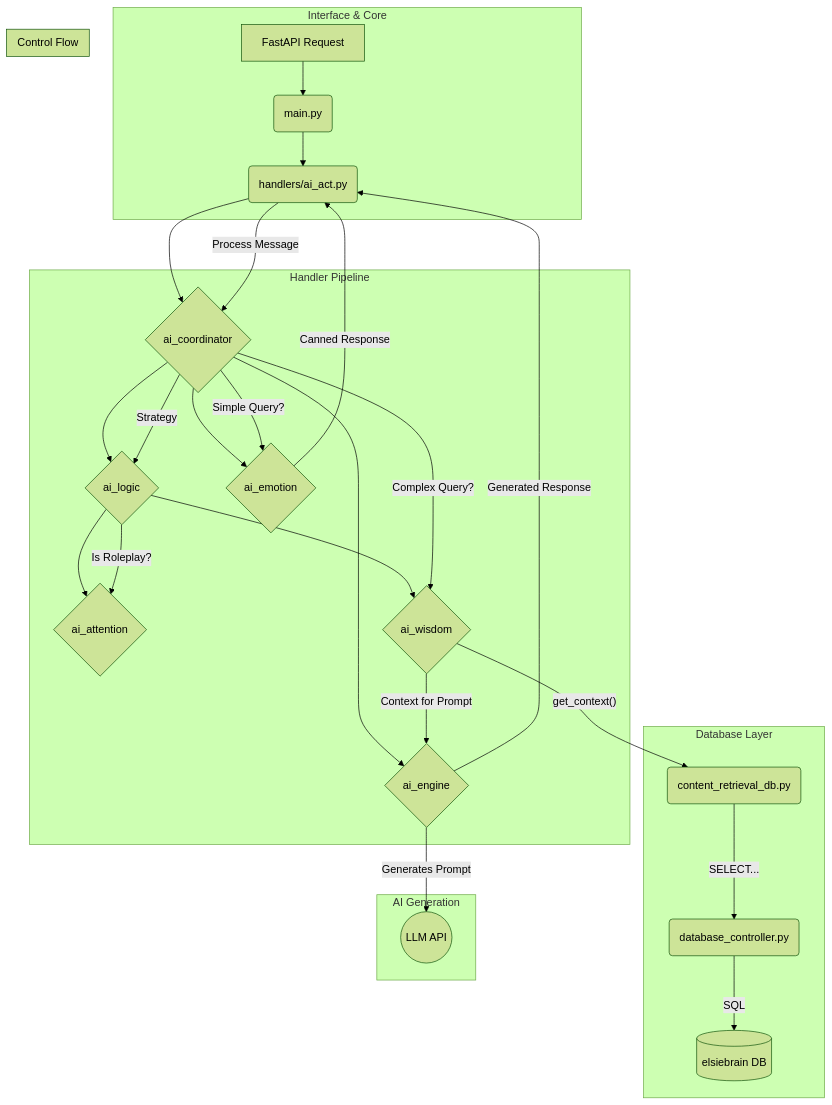
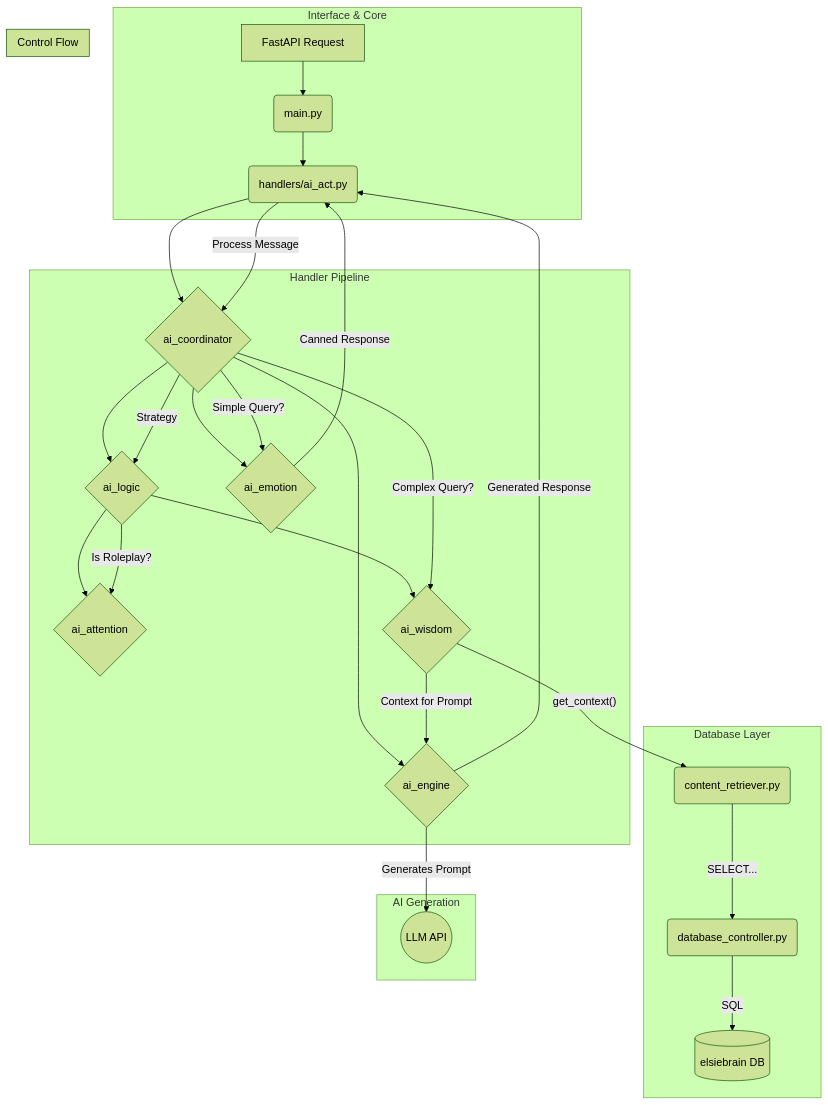
Before and after one commit to Jccunnin68/ElsieBot: the diagram in ai_agent/README.md, drawn with Mermaid (forest theme). The commit also changed other lines of this file and 16 other files, not shown here.

````diff
--- a/ai_agent/README.md
+++ b/ai_agent/README.md
@@ -47,37 +47,37 @@
 ```mermaid
 graph TD
     subgraph "Interface & Core"
         A[FastAPI Request] --> B(main.py);
         B --> C(handlers/ai_act.py);
     end
 
     subgraph "Handler Pipeline"
         C --> D{ai_coordinator};
         D --> E{ai_logic};
         E --> F{ai_attention};
         E --> G{ai_wisdom};
         D --> H{ai_emotion};
         D --> I{ai_engine};
     end
 
     subgraph "Database Layer"
-        G -- "get_context()" --> J(content_retrieval_db.py);
+        G -- "get_context()" --> J(content_retriever.py);
         J -- "SELECT..." --> K(database_controller.py);
         K -- "SQL" --> L[(elsiebrain DB)];
     end
     
     subgraph "AI Generation"
        I -- "Generates Prompt" --> M((LLM API));
     end
 
     subgraph "Control Flow"
         C -- "Process Message" --> D;
         D -- "Strategy" --> E;
         E -- "Is Roleplay?" --> F;
         D -- "Simple Query?" --> H;
         D -- "Complex Query?" --> G;
         G -- "Context for Prompt" --> I;
         H -- "Canned Response" --> C;
         I -- "Generated Response" --> C;
     end
 ```
````
